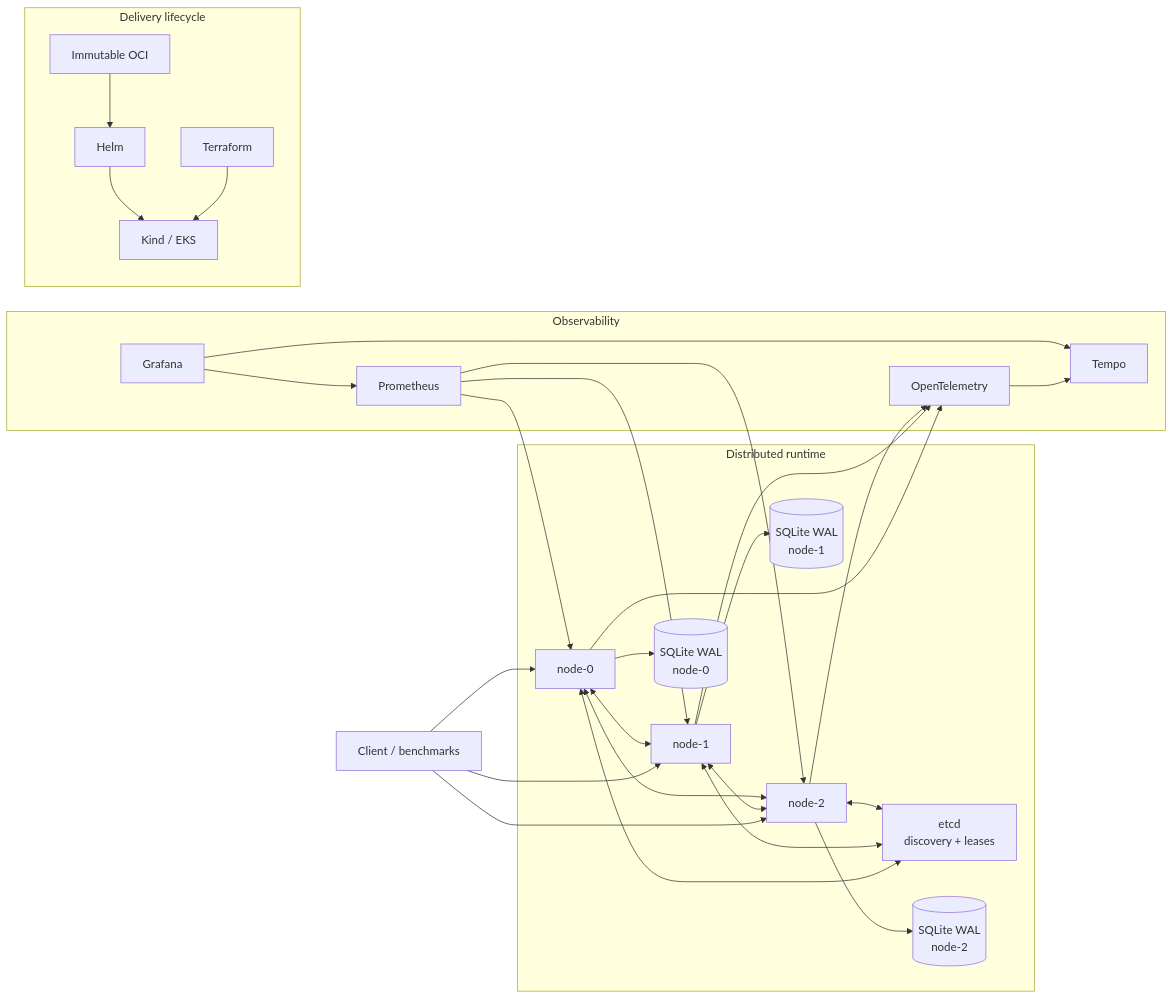
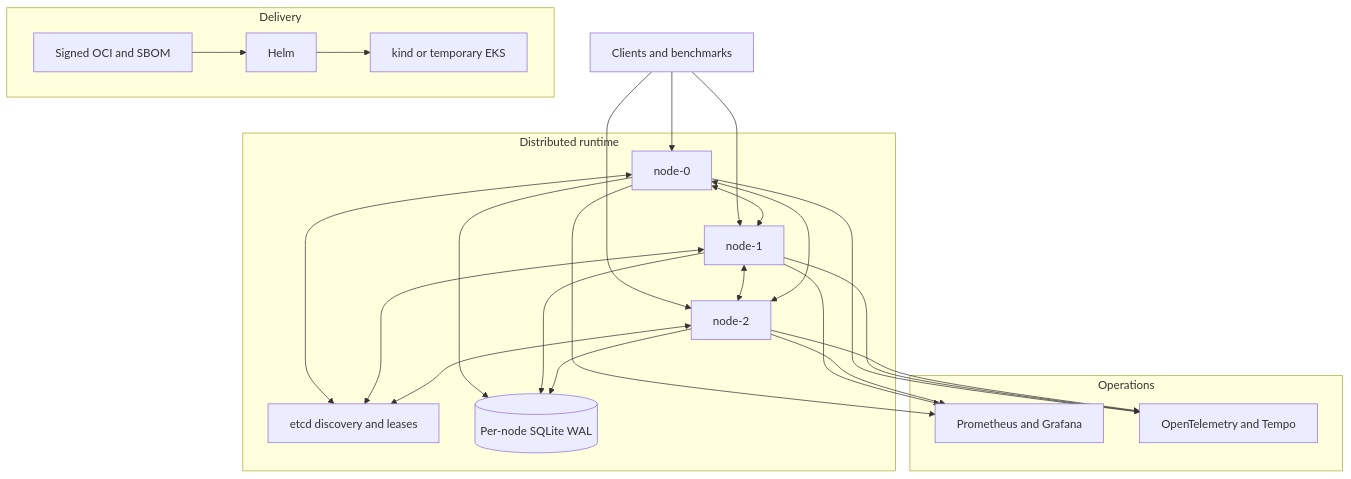
One commit to Parmodk2310/Advanced-Distributed-System changed the diagram in README.md. Above: the diagram before and after it, drawn with Mermaid. The commit also changed other lines of this file and 5 other files, not shown here.

````diff
--- a/README.md
+++ b/README.md
@@ -114,58 +69,39 @@
 ```mermaid
-flowchart LR
-    C[Client / benchmarks]
-
-    subgraph Runtime["Distributed runtime"]
+flowchart TB
+    C[Clients and benchmarks]
+    subgraph R[Distributed runtime]
         N0[node-0]
         N1[node-1]
         N2[node-2]
-        E[etcd<br/>discovery + leases]
-        DB0[(SQLite WAL<br/>node-0)]
-        DB1[(SQLite WAL<br/>node-1)]
-        DB2[(SQLite WAL<br/>node-2)]
+        E[etcd discovery and leases]
+        D[(Per-node SQLite WAL)]
     end
-
-    subgraph Observability
-        P[Prometheus]
-        O[OpenTelemetry]
-        T[Tempo]
-        G[Grafana]
+    subgraph O[Operations]
+        P[Prometheus and Grafana]
+        T[OpenTelemetry and Tempo]
     end
-
-    subgraph Delivery["Delivery lifecycle"]
-        OCI[Immutable OCI]
+    subgraph X[Delivery]
+        I[Signed OCI and SBOM]
         H[Helm]
-        K[Kind / EKS]
-        TF[Terraform]
+        K[kind or temporary EKS]
     end
-
     C --> N0
     C --> N1
     C --> N2
-
     N0 <--> N1
     N1 <--> N2
-    N0 <--> N2
-
+    N2 <--> N0
     N0 <--> E
     N1 <--> E
     N2 <--> E
-
-    N0 --> DB0
-    N1 --> DB1
-    N2 --> DB2
-
-    P --> N0
-    P --> N1
-    P --> N2
-    N0 --> O
-    N1 --> O
-    N2 --> O
-    O --> T
-    G --> P
-    G --> T
-
-    OCI --> H
-    H --> K
-    TF --> K
+    N0 --> D
+    N1 --> D
+    N2 --> D
+    N0 --> P
+    N1 --> P
+    N2 --> P
+    N0 --> T
+    N1 --> T
+    N2 --> T
+    I --> H --> K
 ```
````
